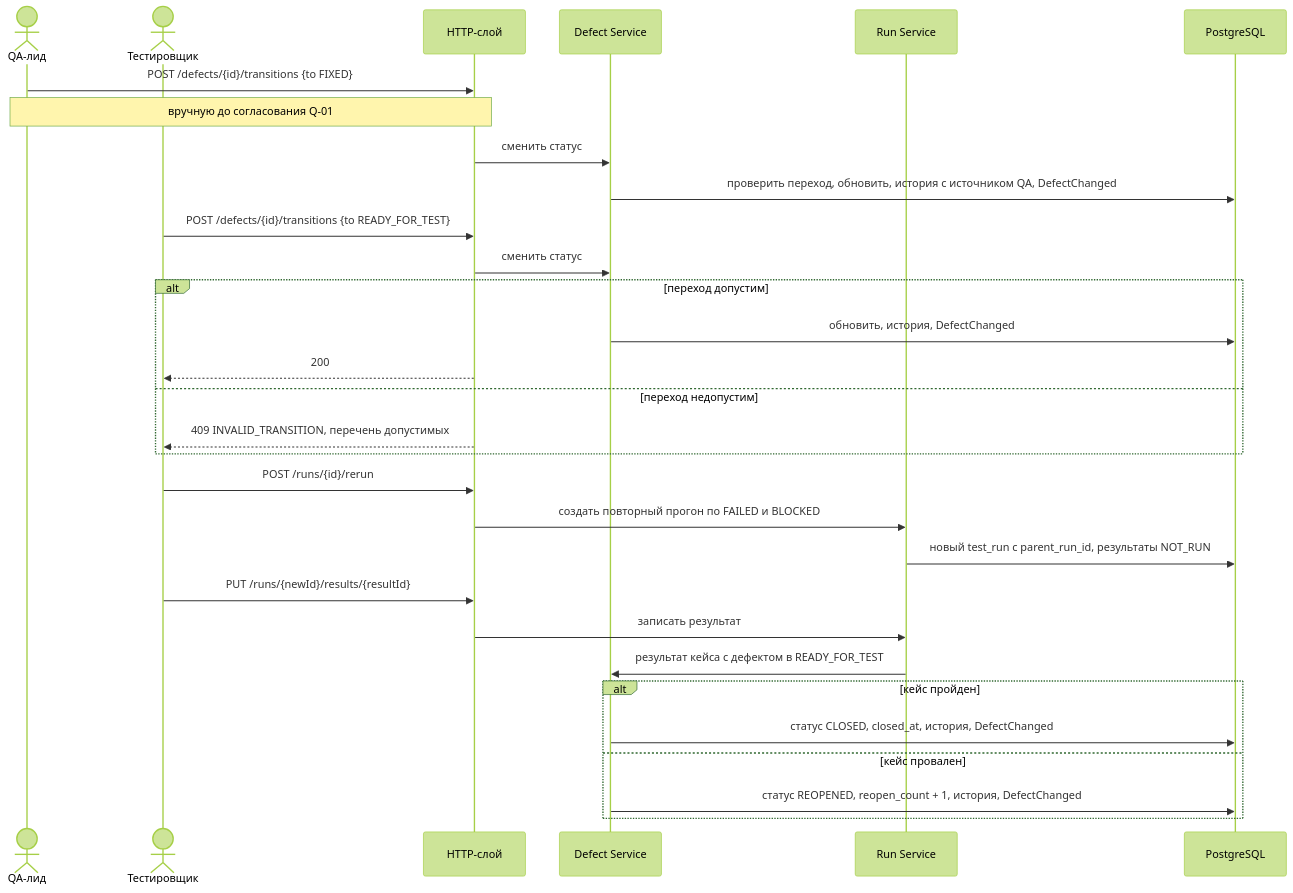
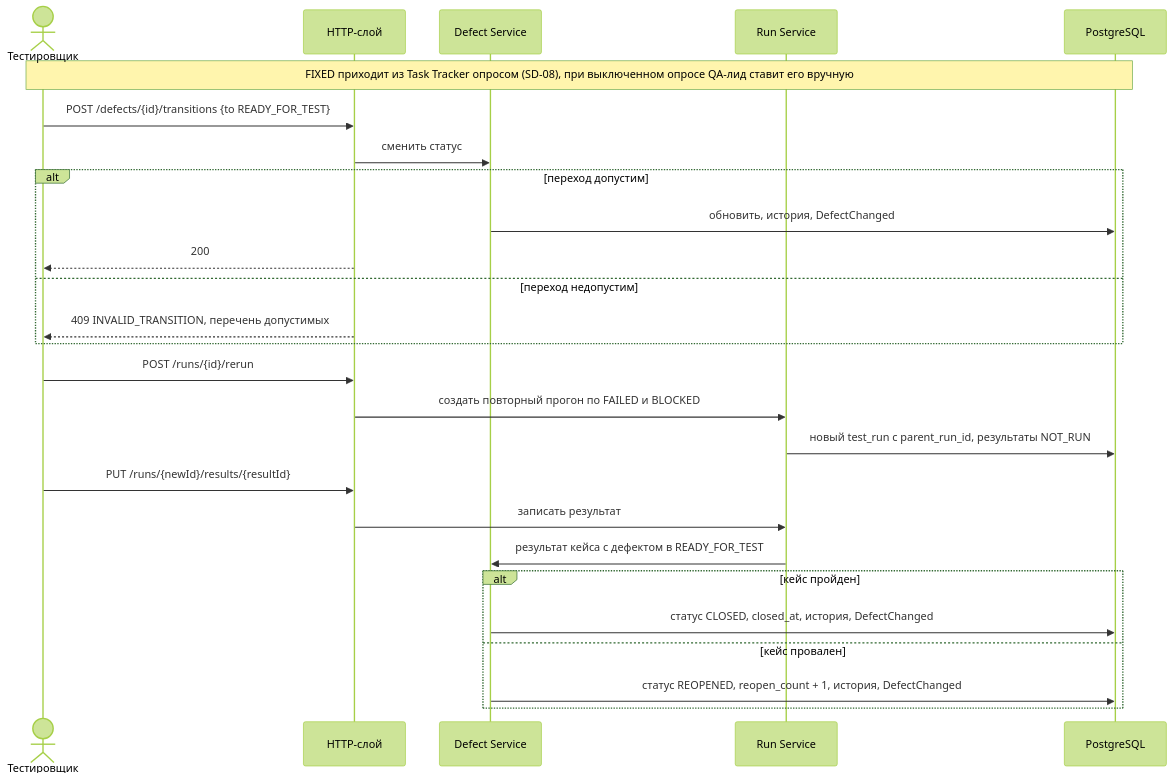
The sixth of 9 diagrams in qa/docs/155.sequence-diagrams.md (MEPhI-C22-501/arch-info-system-monorepo), drawn with Mermaid (forest theme) before and after one commit. The commit also changed other lines of this file and 36 other files, not shown here.

````diff
--- a/qa/docs/155.sequence-diagrams.md
+++ b/qa/docs/155.sequence-diagrams.md
@@ -230,33 +235,29 @@
 ```mermaid
 sequenceDiagram
-    actor QL as QA-лид
     actor TS as Тестировщик
     participant API as HTTP-слой
     participant DEF as Defect Service
     participant RUN as Run Service
     participant DB as PostgreSQL
 
-    QL->>API: POST /defects/{id}/transitions {to FIXED}
-    Note over QL,API: вручную до согласования Q-01
-    API->>DEF: сменить статус
-    DEF->>DB: проверить переход, обновить, история с источником QA, DefectChanged
+    Note over TS,DB: FIXED приходит из Task Tracker опросом (SD-08), при выключенном опросе QA-лид ставит его вручную
     TS->>API: POST /defects/{id}/transitions {to READY_FOR_TEST}
     API->>DEF: сменить статус
     alt переход допустим
         DEF->>DB: обновить, история, DefectChanged
         API-->>TS: 200
     else переход недопустим
         API-->>TS: 409 INVALID_TRANSITION, перечень допустимых
     end
     TS->>API: POST /runs/{id}/rerun
     API->>RUN: создать повторный прогон по FAILED и BLOCKED
     RUN->>DB: новый test_run с parent_run_id, результаты NOT_RUN
     TS->>API: PUT /runs/{newId}/results/{resultId}
     API->>RUN: записать результат
     RUN->>DEF: результат кейса с дефектом в READY_FOR_TEST
     alt кейс пройден
         DEF->>DB: статус CLOSED, closed_at, история, DefectChanged
     else кейс провален
         DEF->>DB: статус REOPENED, reopen_count + 1, история, DefectChanged
     end
 ```
````
